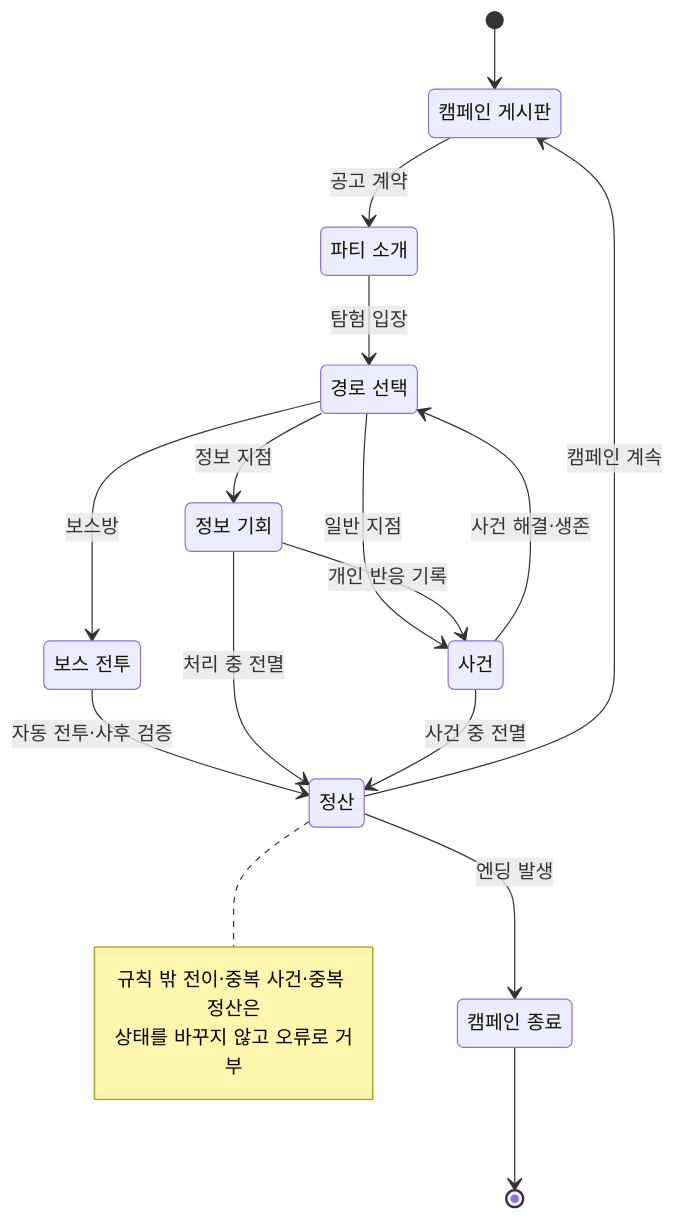
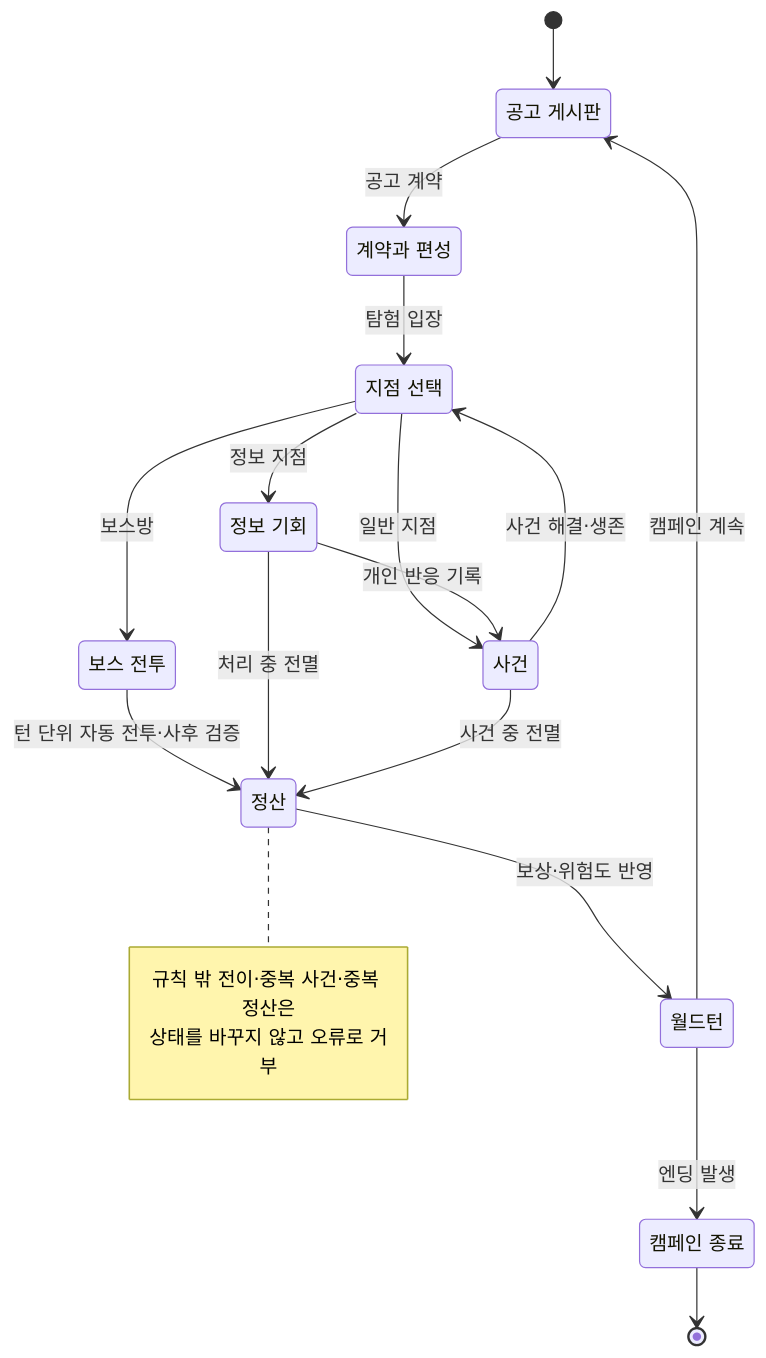
One commit to LatteBun/Dungeon_Schemer changed the diagram in docs/diagram/expedition-state.md. Above: the diagram before and after it, drawn with Mermaid. The commit also changed other lines of this file and 10 other files, not shown here.

First line of the commit message:
문서: 색인·회의록·다이어그램 md를 새 문서 집합에 맞춘다

````diff
--- a/docs/diagram/expedition-state.md
+++ b/docs/diagram/expedition-state.md
@@ -10,29 +10,31 @@
 ```mermaid
 stateDiagram-v2
-    state "캠페인 게시판" as campaignBoard
-    state "파티 소개" as partyIntro
-    state "경로 선택" as pathChoice
+    state "공고 게시판" as campaignBoard
+    state "계약과 편성" as contract
+    state "지점 선택" as pathChoice
     state "정보 기회" as infoOpportunity
     state "사건" as event
     state "보스 전투" as bossFight
     state "정산" as settlement
+    state "월드턴" as worldTurn
     state "캠페인 종료" as campaignEnded
     [*] --> campaignBoard
-    campaignBoard --> partyIntro: 공고 계약
-    partyIntro --> pathChoice: 탐험 입장
+    campaignBoard --> contract: 공고 계약
+    contract --> pathChoice: 탐험 입장
     pathChoice --> infoOpportunity: 정보 지점
     pathChoice --> event: 일반 지점
     infoOpportunity --> event: 개인 반응 기록
     event --> pathChoice: 사건 해결·생존
     pathChoice --> bossFight: 보스방
-    bossFight --> settlement: 자동 전투·사후 검증
+    bossFight --> settlement: 턴 단위 자동 전투·사후 검증
     infoOpportunity --> settlement: 처리 중 전멸
     event --> settlement: 사건 중 전멸
-    settlement --> campaignBoard: 캠페인 계속
-    settlement --> campaignEnded: 엔딩 발생
+    settlement --> worldTurn: 보상·위험도 반영
+    worldTurn --> campaignBoard: 캠페인 계속
+    worldTurn --> campaignEnded: 엔딩 발생
     campaignEnded --> [*]
     note right of settlement
       규칙 밖 전이·중복 사건·중복 정산은
       상태를 바꾸지 않고 오류로 거부
     end note
 ```
````
